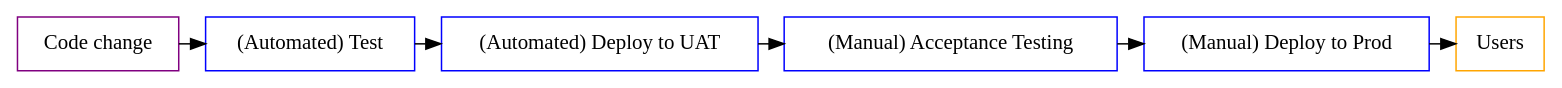
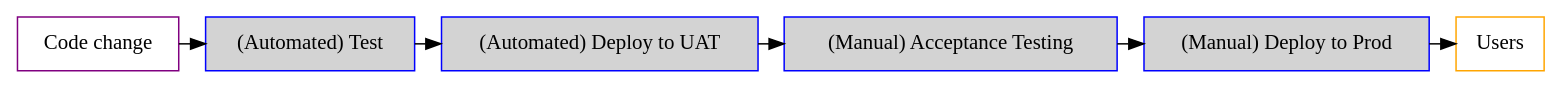
Before and after one commit to atsaloli/cicd: the diagram in img/lab-pipeline.dot, drawn with Graphviz. The commit also changed 1 other file, not shown here.

```diff
--- a/img/lab-pipeline.dot
+++ b/img/lab-pipeline.dot
@@ -1,20 +1,21 @@
 digraph G {
   node [ shape = box ];
 
   code [ label = "Code change"      color = purple style = filled fillcolor = white ]
 
   subgraph pipeline {
-    test [ label = "(Automated) Test" color = blue style = filled fillcolor = white ]
-    deploy_uat [ label = "(Automated) Deploy to UAT" color = blue style = filled fillcolor = white ]
-    uat_test [ label = "(Manual) Acceptance Testing" color = blue style = filled fillcolor = white ]
-    deploy_prod [ label = "(Manual) Deploy to Prod" color = blue style = filled fillcolor = white ]
+    style = filled;
+    color = lightgrey;
+    test [ label = "(Automated) Test" color = blue style = filled fillcolor = lightgrey ]
+    deploy_uat [ label = "(Automated) Deploy to UAT" color = blue style = filled fillcolor = lightgrey ]
+    uat_test [ label = "(Manual) Acceptance Testing" color = blue style = filled fillcolor = lightgrey ]
+    deploy_prod [ label = "(Manual) Deploy to Prod" color = blue style = filled fillcolor = lightgrey ]
+    test -> deploy_uat -> uat_test -> deploy_prod [constraint=false]; 
     label = "CI/CD Pipeline";
-    style = filled;
-  test -> deploy_uat -> uat_test -> deploy_prod [constraint=false]; 
   }
 
   users [ label = "Users"      color = orange style = filled fillcolor = white ]
 
   code -> test [constraint=false];
   deploy_prod -> users [constraint=false]; 
 }
```
